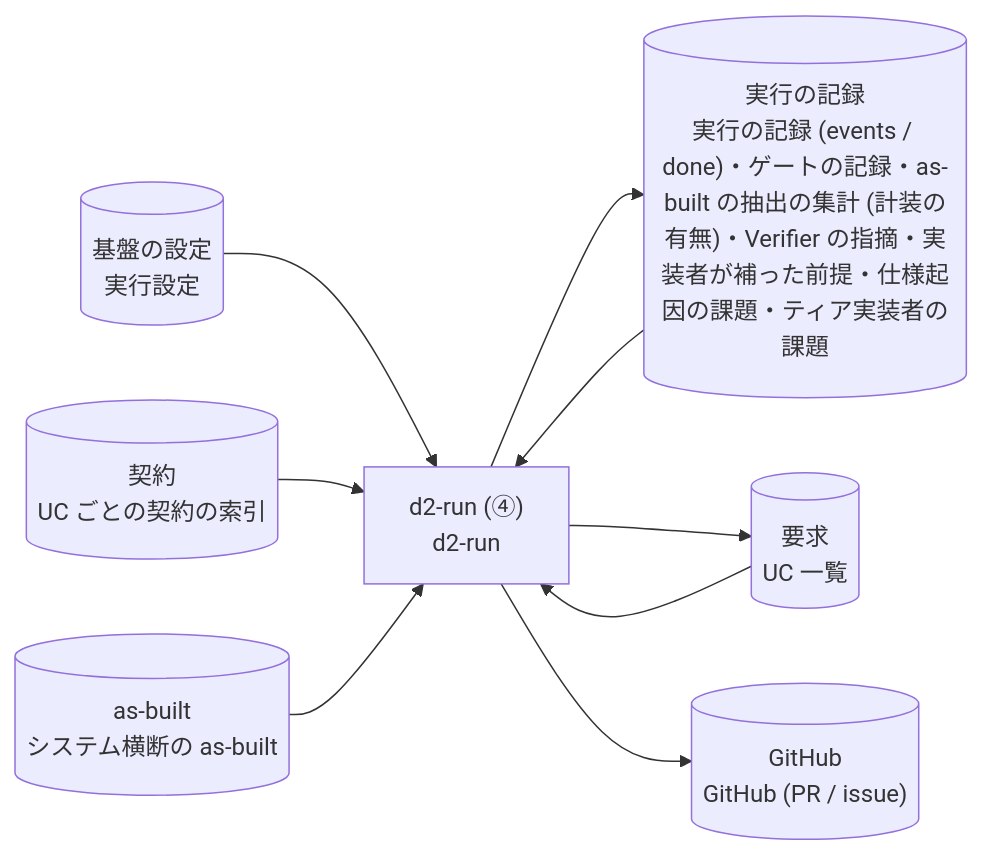
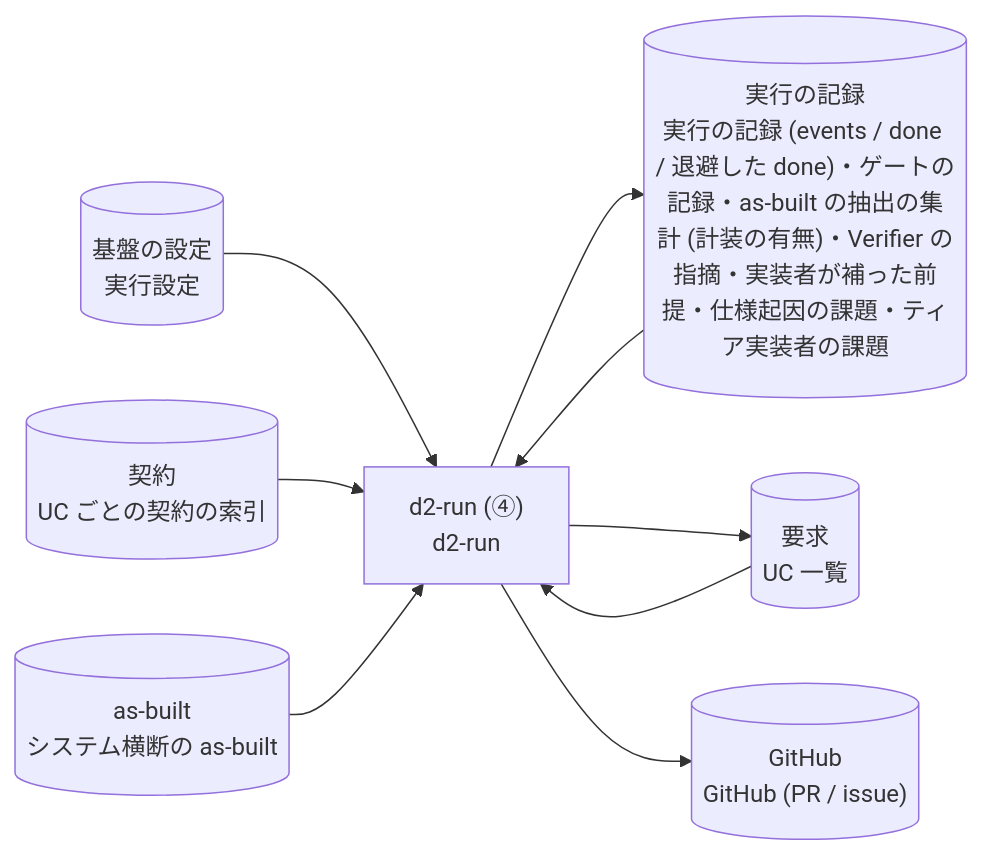
One commit to suwa-sh/suwa-sh-claude-plugins changed diagram 25 of 35 in plugins/distillery2/skills/d2-common/references/dataflow.md. Above: the diagram before and after it, drawn with Mermaid. The commit also changed other lines of this file and 9 other files, not shown here.

First line of the commit message:
fix(distillery2): C4 図の basis に契約を記録し、integrate へ戻すとき findings も退避する

````diff
--- a/plugins/distillery2/skills/d2-common/references/dataflow.md
+++ b/plugins/distillery2/skills/d2-common/references/dataflow.md
@@ -651,18 +651,18 @@
 ```mermaid
 flowchart LR
   p_run_uc["d2-run (④)<br/>d2-run"]
   g_settings[("基盤の設定<br/>実行設定")]
   g_requirements[("要求<br/>UC 一覧")]
-  g_run[("実行の記録<br/>実行の記録 (events / done)・ゲートの記録・as-built の抽出の集計 (計装の有無)・Verifier の指摘・実装者が補った前提・仕様起因の課題・ティア実装者の課題")]
+  g_run[("実行の記録<br/>実行の記録 (events / done / 退避した done)・ゲートの記録・as-built の抽出の集計 (計装の有無)・Verifier の指摘・実装者が補った前提・仕様起因の課題・ティア実装者の課題")]
   g_contracts[("契約<br/>UC ごとの契約の索引")]
   g_asbuilt[("as-built<br/>システム横断の as-built")]
   g_github[("GitHub<br/>GitHub (PR / issue)")]
   g_settings --> p_run_uc
   g_requirements --> p_run_uc
   g_run --> p_run_uc
   g_contracts --> p_run_uc
   g_asbuilt --> p_run_uc
   p_run_uc --> g_run
   p_run_uc --> g_requirements
   p_run_uc --> g_github
 ```
````
